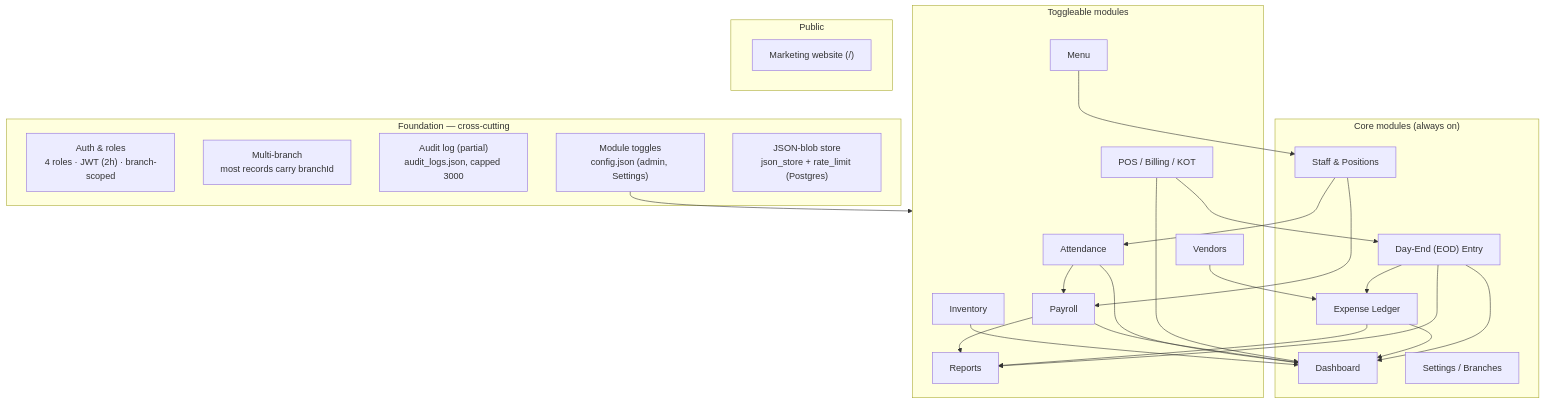
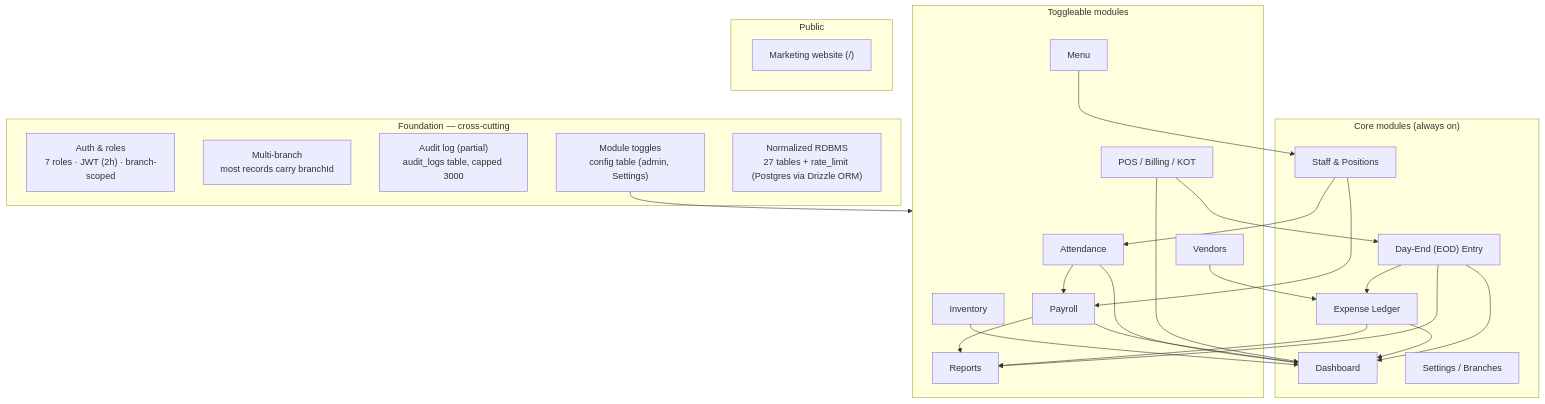
One commit to AbhishekS-381/Sree-Vaishnaves-Management changed the first of 15 diagrams in Documentations/MODULE-MAPS.md. Above: the diagram before and after it, drawn with Mermaid. The commit also changed other lines of this file and 159 other files, not shown here.

````diff
--- a/Documentations/MODULE-MAPS.md
+++ b/Documentations/MODULE-MAPS.md
@@ -12,50 +12,50 @@
 ```mermaid
 graph TD
   subgraph FOUNDATION["Foundation — cross-cutting"]
-    AUTH["Auth & roles\n4 roles · JWT (2h) · branch-scoped"]
+    AUTH["Auth & roles\n7 roles · JWT (2h) · branch-scoped"]
     MULTI["Multi-branch\nmost records carry branchId"]
-    AUDIT["Audit log (partial)\naudit_logs.json, capped 3000"]
-    CONFIG["Module toggles\nconfig.json (admin, Settings)"]
-    STORE["JSON-blob store\njson_store + rate_limit (Postgres)"]
+    AUDIT["Audit log (partial)\naudit_logs table, capped 3000"]
+    CONFIG["Module toggles\nconfig table (admin, Settings)"]
+    STORE["Normalized RDBMS\n27 tables + rate_limit (Postgres via Drizzle ORM)"]
   end
 
   subgraph CORE["Core modules (always on)"]
     DASH["Dashboard"]
     STAFF["Staff & Positions"]
     EOD["Day-End (EOD) Entry"]
     EXP["Expense Ledger"]
     SET["Settings / Branches"]
   end
 
   subgraph TOGGLE["Toggleable modules"]
     ATT["Attendance"]
     PAY["Payroll"]
     VEN["Vendors"]
     INV["Inventory"]
     MENU["Menu"]
     REP["Reports"]
     POS["POS / Billing / KOT"]
   end
 
   subgraph PUBLIC["Public"]
     WEB["Marketing website (/)"]
   end
 
   STAFF --> ATT
   ATT --> PAY
   STAFF --> PAY
   EOD --> EXP
   VEN --> EXP
   EXP --> REP
   PAY --> REP
   EOD --> REP
   INV --> DASH
   EXP --> DASH
   ATT --> DASH
   PAY --> DASH
   EOD --> DASH
   MENU --> STAFF
   POS --> EOD
   POS --> DASH
   CONFIG --> TOGGLE
 ```
````
